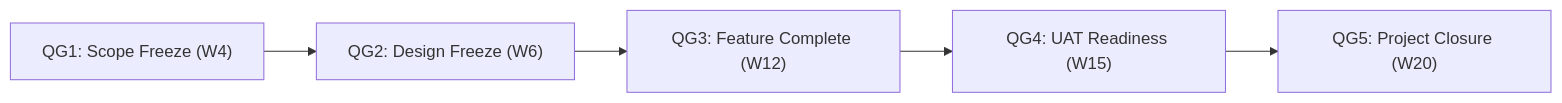
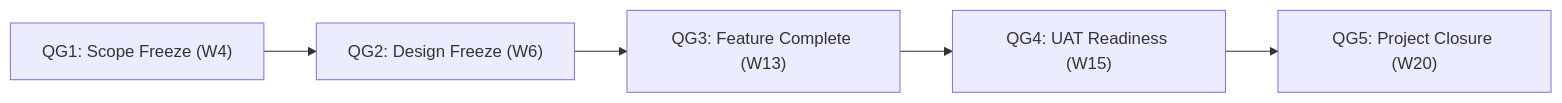
The diagram in docs/project-management/09_QUALITY_PLAN_AND_GATES.md (TanNguyen234/LMS), drawn with Mermaid before and after one commit. The commit also changed other lines of this file and 22 other files, not shown here.

First line of the commit message:
docs,scripts: reconcile 21-table architecture, PM coursework baselines, and Chrome E2E runners

````diff
--- a/docs/project-management/09_QUALITY_PLAN_AND_GATES.md
+++ b/docs/project-management/09_QUALITY_PLAN_AND_GATES.md
@@ -29,7 +29,7 @@
 ```mermaid
 flowchart LR
     QG1["QG1: Scope Freeze (W4)"] --> QG2["QG2: Design Freeze (W6)"]
-    QG2 --> QG3["QG3: Feature Complete (W12)"]
+    QG2 --> QG3["QG3: Feature Complete (W13)"]
     QG3 --> QG4["QG4: UAT Readiness (W15)"]
     QG4 --> QG5["QG5: Project Closure (W20)"]
 ```
````
